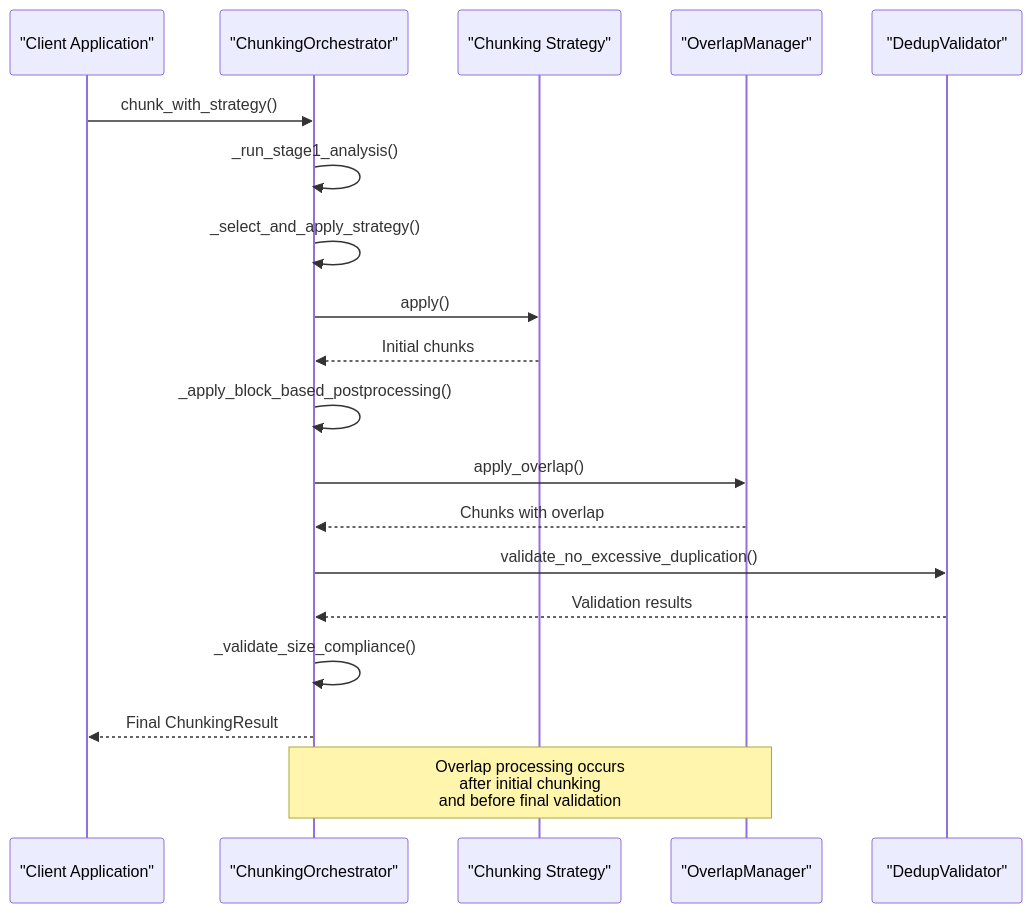
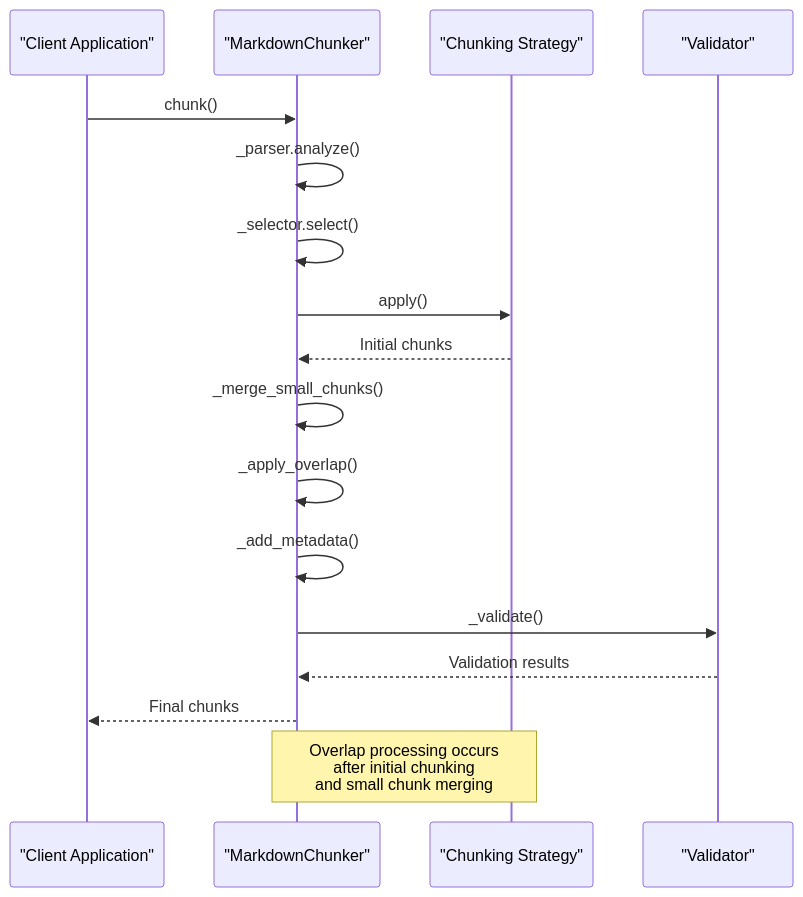
One commit to asukhodko/dify-markdown-chunker changed the fourth of 5 diagrams in .qoder/repowiki/en/content/Advanced Features/Overlap Management.md. Above: the diagram before and after it, drawn with Mermaid. The commit also changed other lines of this file and 5 other files, not shown here.

First line of the commit message:
feat(overlap): implement metadata-only adaptive overlap model

````diff
--- a/.qoder/repowiki/en/content/Advanced Features/Overlap Management.md
+++ b/.qoder/repowiki/en/content/Advanced Features/Overlap Management.md
@@ -167,21 +171,19 @@
 ```mermaid
 sequenceDiagram
 participant Client as "Client Application"
-participant Orchestrator as "ChunkingOrchestrator"
+participant Chunker as "MarkdownChunker"
 participant Strategy as "Chunking Strategy"
-participant Overlap as "OverlapManager"
-participant Validator as "DedupValidator"
-Client->>Orchestrator : chunk_with_strategy()
-Orchestrator->>Orchestrator : _run_stage1_analysis()
-Orchestrator->>Orchestrator : _select_and_apply_strategy()
-Orchestrator->>Strategy : apply()
-Strategy-->>Orchestrator : Initial chunks
-Orchestrator->>Orchestrator : _apply_block_based_postprocessing()
-Orchestrator->>Overlap : apply_overlap()
-Overlap-->>Orchestrator : Chunks with overlap
-Orchestrator->>Validator : validate_no_excessive_duplication()
-Validator-->>Orchestrator : Validation results
-Orchestrator->>Orchestrator : _validate_size_compliance()
-Orchestrator-->>Client : Final ChunkingResult
-Note over Orchestrator,Overlap : Overlap processing occurs<br/>after initial chunking<br/>and before final validation
+participant Validator as "Validator"
+Client->>Chunker : chunk()
+Chunker->>Chunker : _parser.analyze()
+Chunker->>Chunker : _selector.select()
+Chunker->>Strategy : apply()
+Strategy-->>Chunker : Initial chunks
+Chunker->>Chunker : _merge_small_chunks()
+Chunker->>Chunker : _apply_overlap()
+Chunker->>Chunker : _add_metadata()
+Chunker->>Validator : _validate()
+Validator-->>Chunker : Validation results
+Chunker-->>Client : Final chunks
+Note over Chunker,Strategy : Overlap processing occurs<br/>after initial chunking<br/>and small chunk merging
 ```
````
